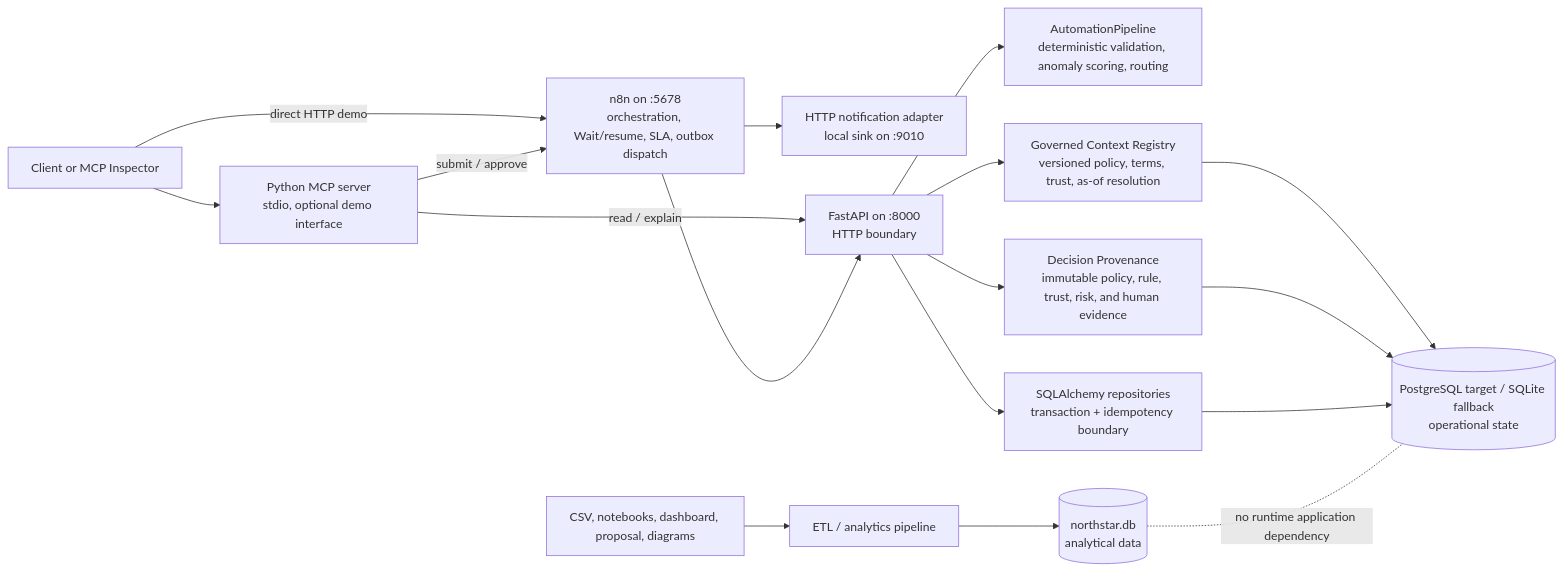
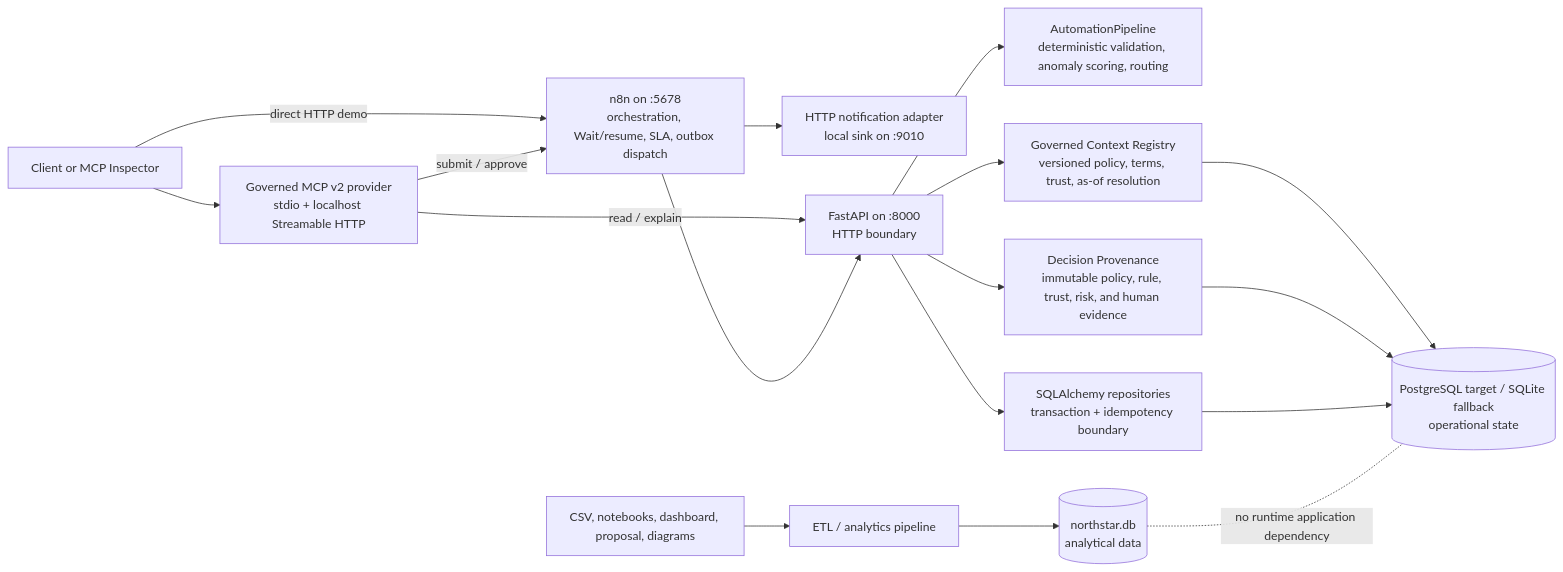
Before and after one commit to tusharg007/northstar-workload-optimizer: the diagram in docs/architecture/CURRENT_STATE.md, drawn with Mermaid. The commit also changed other lines of this file and 22 other files, not shown here.

Commit message:
feat: add governed MCP context and provenance provider

````diff
--- a/docs/architecture/CURRENT_STATE.md
+++ b/docs/architecture/CURRENT_STATE.md
@@ -23,33 +31,33 @@
 ```mermaid
 flowchart LR
     Client["Client or MCP Inspector"]
-    MCP["Python MCP server\nstdio, optional demo interface"]
+    MCP["Governed MCP v2 provider\nstdio + localhost Streamable HTTP"]
     N8N["n8n on :5678\norchestration, Wait/resume, SLA, outbox dispatch"]
     Notify["HTTP notification adapter\nlocal sink on :9010"]
     API["FastAPI on :8000\nHTTP boundary"]
     Domain["AutomationPipeline\ndeterministic validation, anomaly scoring, routing"]
     Repository["SQLAlchemy repositories\ntransaction + idempotency boundary"]
     Context["Governed Context Registry\nversioned policy, terms, trust, as-of resolution"]
     Provenance["Decision Provenance\nimmutable policy, rule, trust, risk, and human evidence"]
     Runtime[("PostgreSQL target / SQLite fallback\noperational state")]
     ETL["ETL / analytics pipeline"]
     Analytics[("northstar.db\nanalytical data")]
     Assets["CSV, notebooks, dashboard, proposal, diagrams"]
 
     Client -->|direct HTTP demo| N8N
     Client --> MCP
     MCP -->|submit / approve| N8N
     MCP -->|read / explain| API
     N8N --> API
     N8N --> Notify
     API --> Domain
     API --> Repository
     API --> Context
     API --> Provenance
     Context --> Runtime
     Provenance --> Runtime
     Repository --> Runtime
     ETL --> Analytics
     Assets --> ETL
     Analytics -. no runtime application dependency .- Runtime
 ```
````
